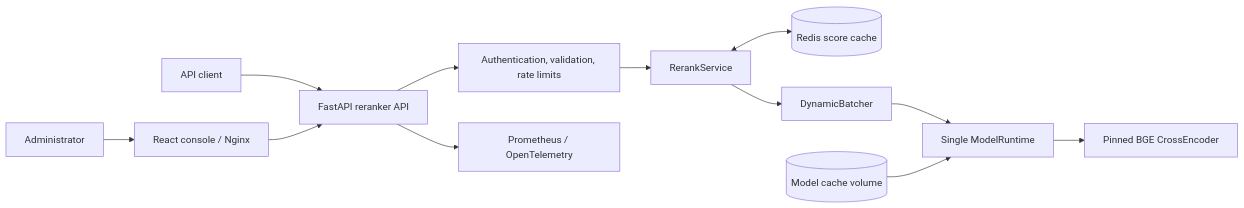
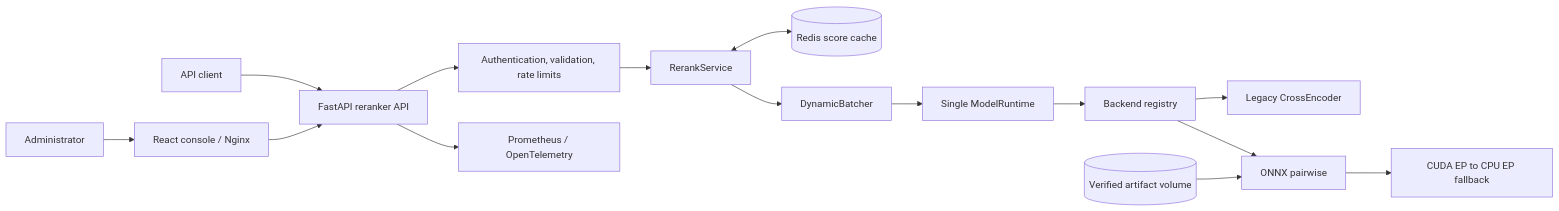
One commit to Sa1avatus/reranker-service changed the diagram in README.md. Above: the diagram before and after it, drawn with Mermaid. The commit also changed other lines of this file and 51 other files, not shown here.

````diff
--- a/README.md
+++ b/README.md
@@ -31,14 +38,17 @@
 ```mermaid
 flowchart LR
     Client["API client"] --> API["FastAPI reranker API"]
     Admin["Administrator"] --> Web["React console / Nginx"]
     Web --> API
     API --> Guard["Authentication, validation, rate limits"]
     Guard --> Service["RerankService"]
     Service <--> Redis[("Redis score cache")]
     Service --> Batcher["DynamicBatcher"]
     Batcher --> Runtime["Single ModelRuntime"]
-    Runtime --> Model["Pinned BGE CrossEncoder"]
-    ModelCache[("Model cache volume")] --> Runtime
+    Runtime --> Registry["Backend registry"]
+    Registry --> Legacy["Legacy CrossEncoder"]
+    Registry --> ONNX["ONNX pairwise"]
+    ONNX --> Providers["CUDA EP to CPU EP fallback"]
+    Artifacts[("Verified artifact volume")] --> ONNX
     API --> Metrics["Prometheus / OpenTelemetry"]
 ```
````
